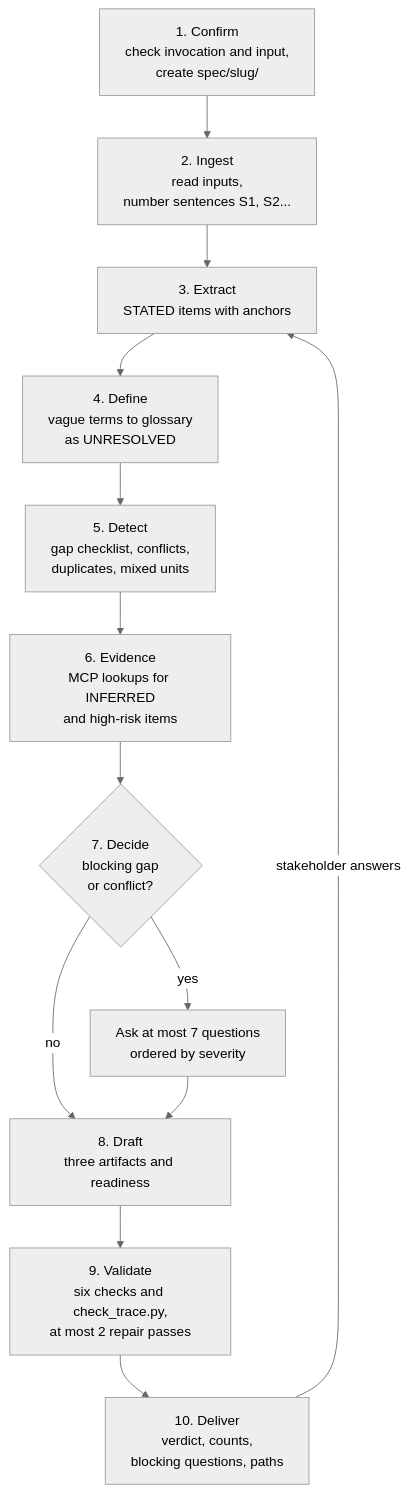
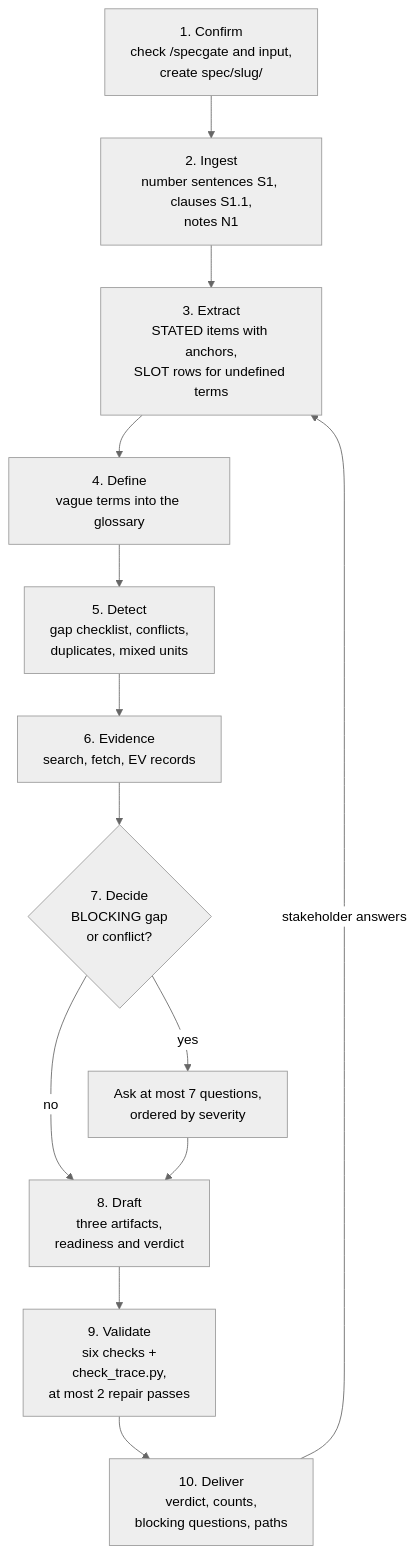
Before and after one commit to Anilkumark17/MCP-Skill-integration: the second of 12 diagrams in README.md, drawn with Mermaid (neutral theme). The commit also changed other lines of this file and 15 other files, not shown here.

````diff
--- a/README.md
+++ b/README.md
@@ -23,15 +46,15 @@
 ```mermaid
 flowchart TD
-    A[1. Confirm<br/>check invocation and input,<br/>create spec/slug/] --> B[2. Ingest<br/>read inputs,<br/>number sentences S1, S2...]
-    B --> C[3. Extract<br/>STATED items with anchors]
-    C --> D[4. Define<br/>vague terms to glossary<br/>as UNRESOLVED]
-    D --> E[5. Detect<br/>gap checklist, conflicts,<br/>duplicates, mixed units]
-    E --> F[6. Evidence<br/>MCP lookups for INFERRED<br/>and high-risk items]
-    F --> G{7. Decide<br/>blocking gap<br/>or conflict?}
-    G -->|yes| Q[Ask at most 7 questions<br/>ordered by severity]
+    A["1. Confirm<br/>check /specgate and input,<br/>create spec/slug/"] --> B["2. Ingest<br/>number sentences S1, clauses S1.1,<br/>notes N1"]
+    B --> C["3. Extract<br/>STATED items with anchors,<br/>SLOT rows for undefined terms"]
+    C --> D["4. Define<br/>vague terms into the glossary"]
+    D --> E["5. Detect<br/>gap checklist, conflicts,<br/>duplicates, mixed units"]
+    E --> F["6. Evidence<br/>search, fetch, EV records"]
+    F --> G{"7. Decide<br/>BLOCKING gap<br/>or conflict?"}
+    G -->|yes| Q["Ask at most 7 questions,<br/>ordered by severity"]
     G -->|no| H
-    Q --> H[8. Draft<br/>three artifacts and readiness]
-    H --> I[9. Validate<br/>six checks and check_trace.py,<br/>at most 2 repair passes]
-    I --> J[10. Deliver<br/>verdict, counts,<br/>blocking questions, paths]
-    J -->|stakeholder answers| C
+    Q --> H["8. Draft<br/>three artifacts,<br/>readiness and verdict"]
+    H --> I["9. Validate<br/>six checks +<br/>check_trace.py,<br/>at most 2 repair passes"]
+    I --> J["10. Deliver<br/>verdict, counts,<br/>blocking questions, paths"]
+    J -->|"stakeholder answers"| C
 ```
````
